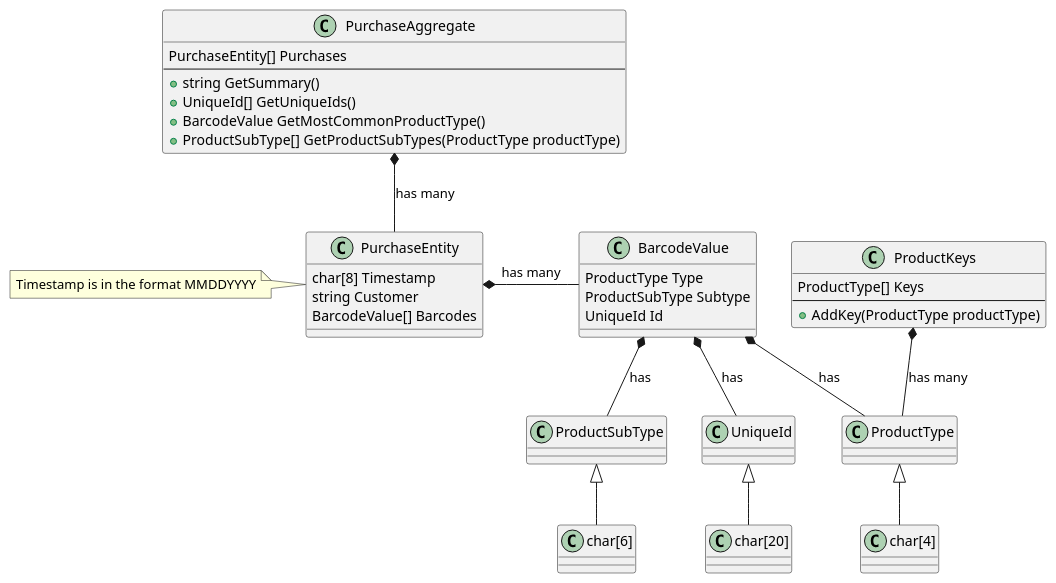
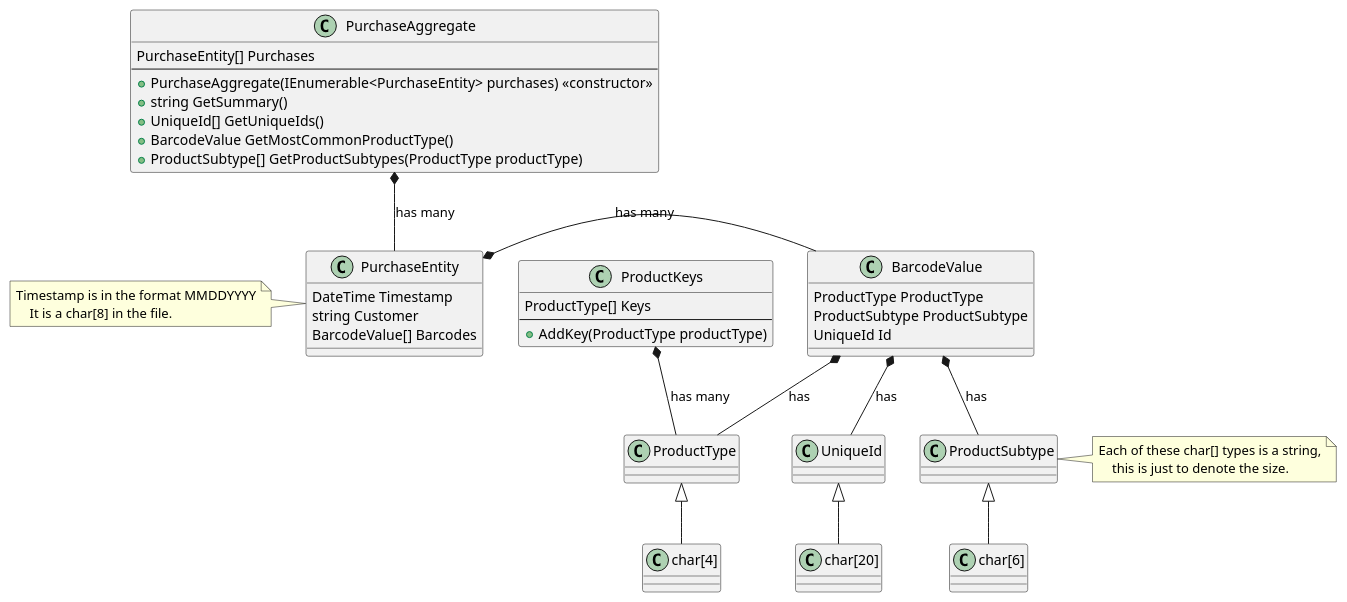
One commit to aholmes/2020-InterviewRound3 changed the diagram in docs/classStructure.puml. Above: the diagram before and after it, drawn with PlantUML. The commit also changed 8 other files, not shown here.

```diff
--- a/docs/classStructure.puml
+++ b/docs/classStructure.puml
@@ -1,55 +1,63 @@
 @startuml
 
 '01232020Jamie
 'BEVGTTKYGDGJHGTFBNGDVZJGDIPXVS
 'CANFDNSKAVOUXSCGSYBHQYHNMDQOBL
 'FRZNQQNPSESCHIMIXOUHNAWLXRZEPT
 'BEVGZYUFGNIHDCZIPWLZJLPDSGNEAH
 
 class ProductKeys {
     ProductType[] Keys
     --
     +AddKey(ProductType productType)
 }
 
 class PurchaseEntity {
-    char[8] Timestamp
+    DateTime Timestamp
     string Customer
     BarcodeValue[] Barcodes
 }
-note left: Timestamp is in the format MMDDYYYY
+note left
+Timestamp is in the format MMDDYYYY
+    It is a char[8] in the file.
+end note
 
 class PurchaseAggregate {
     PurchaseEntity[] Purchases
     --
+    +PurchaseAggregate(IEnumerable<PurchaseEntity> purchases) <<constructor>>
     +string GetSummary()
     +UniqueId[] GetUniqueIds()
     +BarcodeValue GetMostCommonProductType()
-    +ProductSubType[] GetProductSubTypes(ProductType productType)
+    +ProductSubtype[] GetProductSubtypes(ProductType productType)
 }
 
 class "char[4]" as char4
 class "char[6]" as char6
 class "char[20]" as char20
 
 ProductType <|-- char4
-ProductSubType <|-- char6
+ProductSubtype <|-- char6
 UniqueId <|-- char20
+note right of ProductSubtype
+Each of these char[] types is a string,
+    this is just to denote the size.
+end note
 
 class BarcodeValue {
-    ProductType Type
-    ProductSubType Subtype
+    ProductType ProductType
+    ProductSubtype ProductSubtype
     UniqueId Id
 }
 
 BarcodeValue *-- ProductType : has
-BarcodeValue *-- ProductSubType : has
+BarcodeValue *-- ProductSubtype : has
 BarcodeValue *-- UniqueId : has
 
 ProductKeys *-- ProductType : has many
 
 PurchaseEntity *- BarcodeValue : has many
 
 PurchaseAggregate *-- PurchaseEntity : has many
 
 @enduml
```
